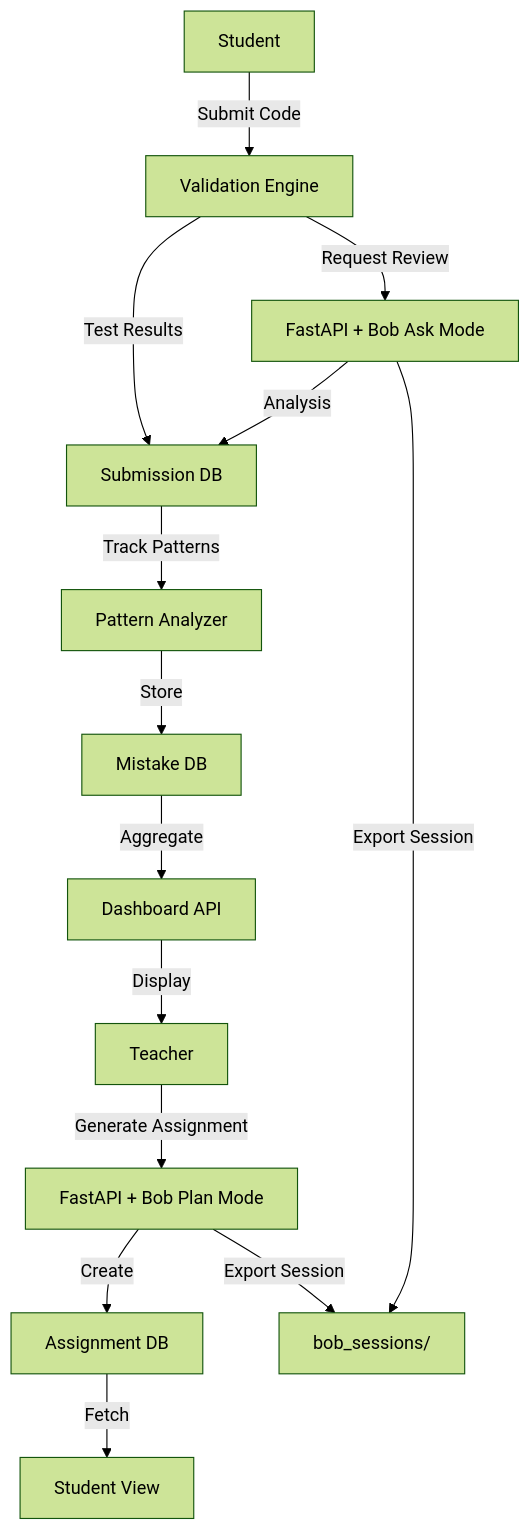
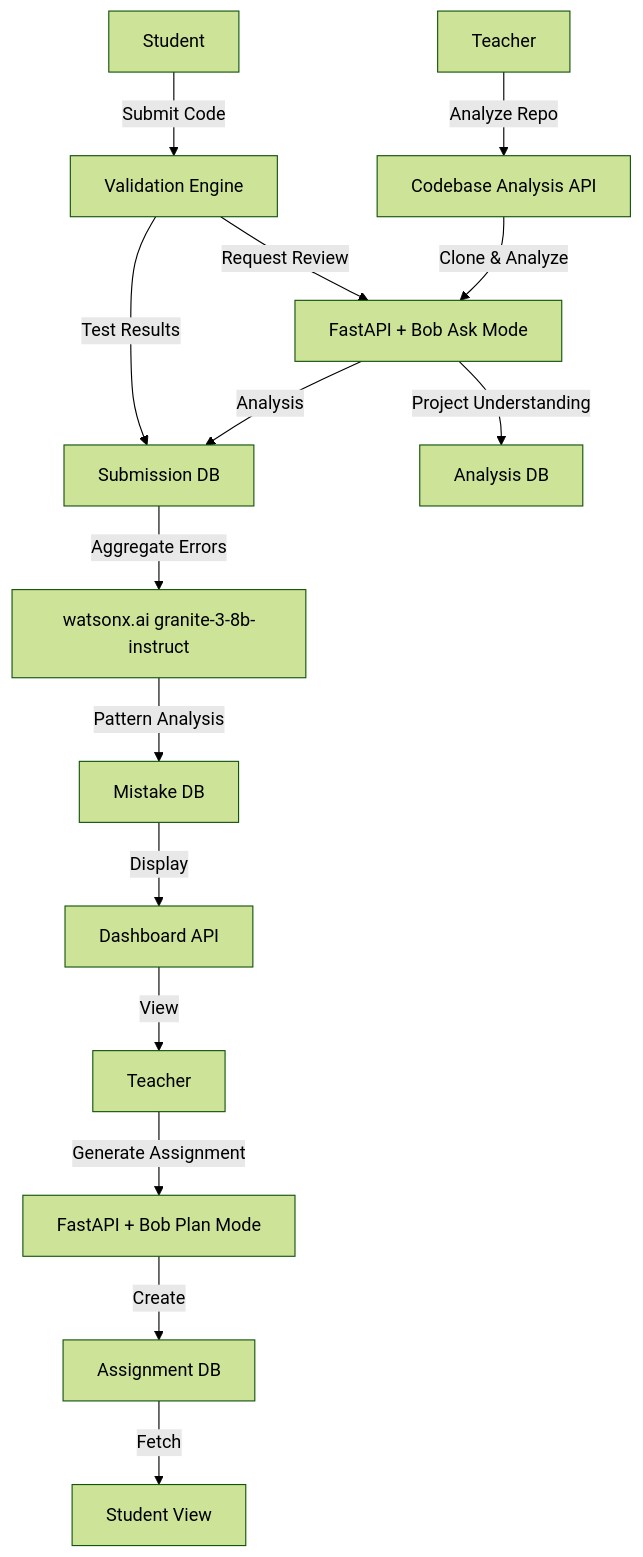
Before and after one commit to hansika2806/EduBob: the diagram in phases.md, drawn with Mermaid (forest theme). The commit also changed other lines of this file and 2 other files, not shown here.

Commit message:
improved plan with analyzer and watsonx

````diff
--- a/phases.md
+++ b/phases.md
@@ -262,16 +305,17 @@
 ```mermaid
 graph TD
     A[Teacher] -->|Generate Assignment| B[FastAPI + Bob Plan Mode]
     B -->|Create| C[Assignment DB]
     D[Student] -->|Submit Code| E[Validation Engine]
     E -->|Test Results| F[Submission DB]
     E -->|Request Review| G[FastAPI + Bob Ask Mode]
     G -->|Analysis| F
-    F -->|Track Patterns| H[Pattern Analyzer]
-    H -->|Store| I[Mistake DB]
-    I -->|Aggregate| J[Dashboard API]
+    F -->|Aggregate Errors| H[watsonx.ai granite-3-8b-instruct]
+    H -->|Pattern Analysis| I[Mistake DB]
+    I -->|Display| J[Dashboard API]
     C -->|Fetch| K[Student View]
-    J -->|Display| A
-    B -->|Export Session| L[bob_sessions/]
-    G -->|Export Session| L
+    J -->|View| A
+    L[Teacher] -->|Analyze Repo| M[Codebase Analysis API]
+    M -->|Clone & Analyze| G
+    G -->|Project Understanding| N[Analysis DB]
 ```
````
